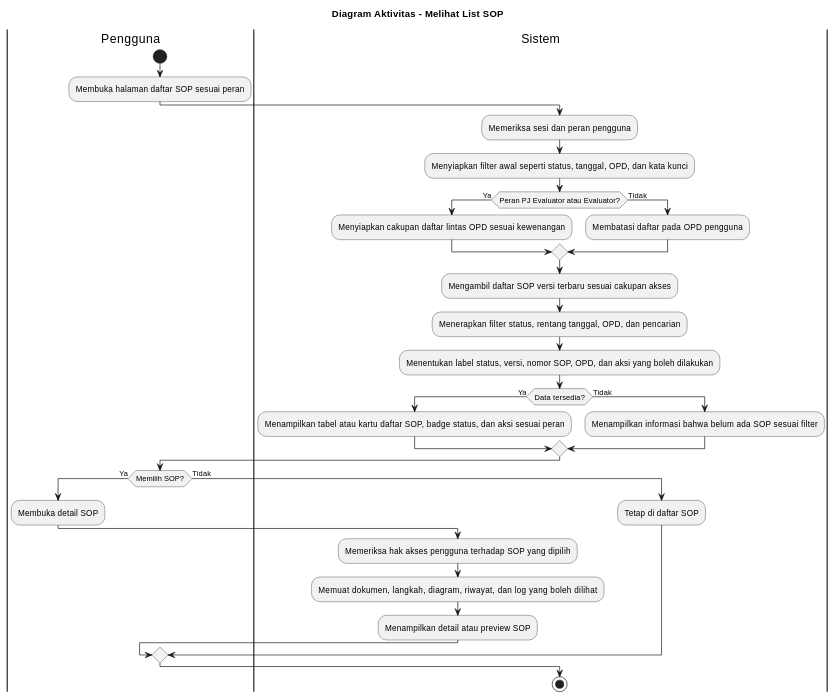
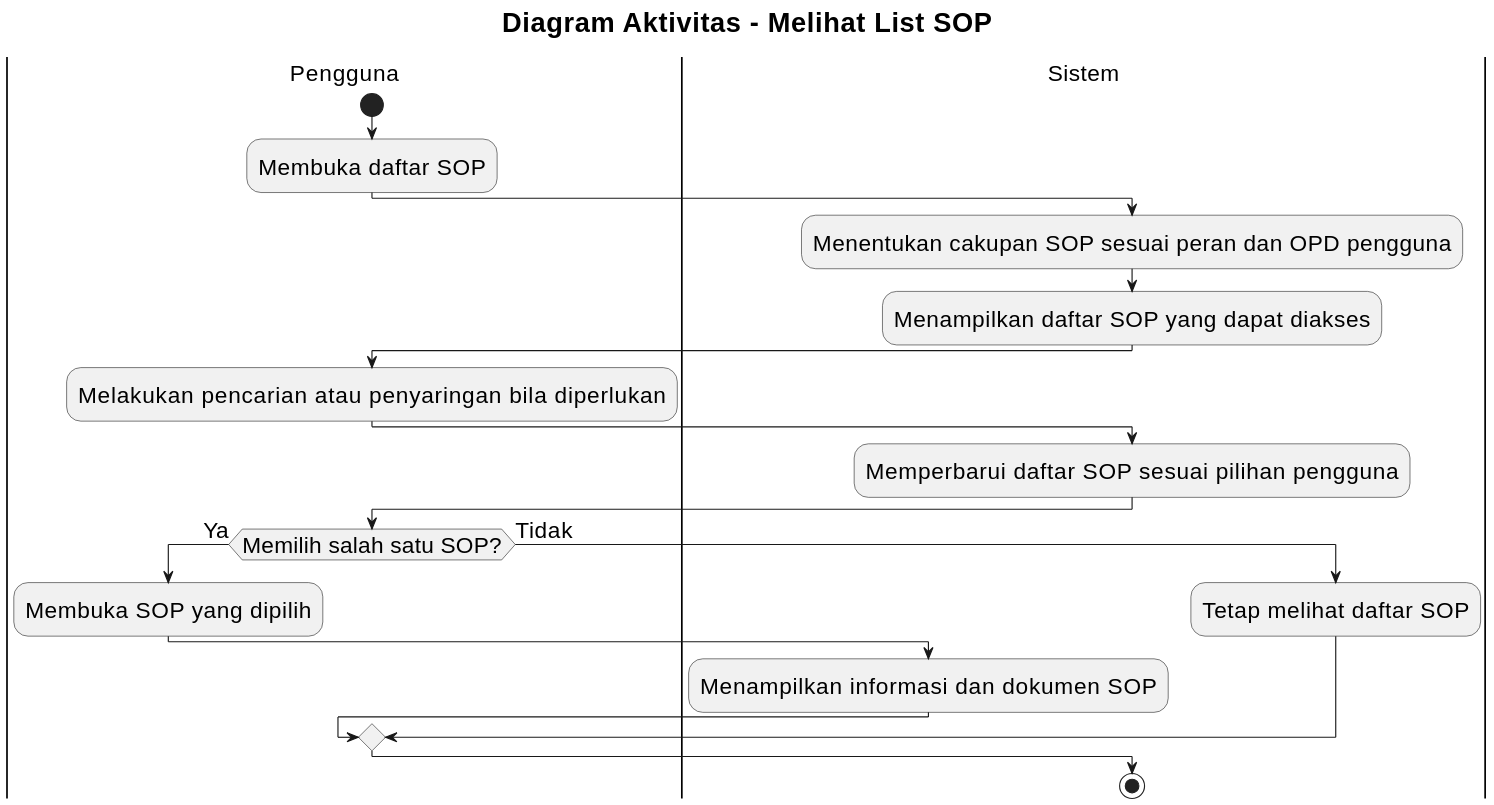
The diagram in docs/activity-diagram/lampiran/seluruh-pengguna-melihat-list-sop.md (howlil/sop-generate-app), drawn with PlantUML before and after one commit. The commit also changed other lines of this file and 20 other files, not shown here.

Commit message:
docs(activity): align all activity diagrams with use cases

````diff
--- a/docs/activity-diagram/lampiran/seluruh-pengguna-melihat-list-sop.md
+++ b/docs/activity-diagram/lampiran/seluruh-pengguna-melihat-list-sop.md
@@ -16,43 +16,36 @@
 ```plantuml
 @startuml
+skinparam defaultFontSize 20
+skinparam titleFontSize 24
+skinparam dpi 160
+
 title Diagram Aktivitas - Melihat List SOP
 
 |Pengguna|
 start
-:Membuka halaman daftar SOP sesuai peran;
+:Membuka daftar SOP;
 
 |Sistem|
-:Memeriksa sesi dan peran pengguna;
-:Menyiapkan filter awal seperti status, tanggal, OPD, dan kata kunci;
-
-if (Peran PJ Evaluator atau Evaluator?) then (Ya)
-  :Menyiapkan cakupan daftar lintas OPD sesuai kewenangan;
-else (Tidak)
-  :Membatasi daftar pada OPD pengguna;
-endif
-
-:Mengambil daftar SOP versi terbaru sesuai cakupan akses;
-:Menerapkan filter status, rentang tanggal, OPD, dan pencarian;
-:Menentukan label status, versi, nomor SOP, OPD, dan aksi yang boleh dilakukan;
-
-if (Data tersedia?) then (Ya)
-  :Menampilkan tabel atau kartu daftar SOP, badge status, dan aksi sesuai peran;
-else (Tidak)
-  :Menampilkan informasi bahwa belum ada SOP sesuai filter;
-endif
+:Menentukan cakupan SOP sesuai peran dan OPD pengguna;
+:Menampilkan daftar SOP yang dapat diakses;
 
 |Pengguna|
-if (Memilih SOP?) then (Ya)
-  :Membuka detail SOP;
+:Melakukan pencarian atau penyaringan bila diperlukan;
+
+|Sistem|
+:Memperbarui daftar SOP sesuai pilihan pengguna;
+
+|Pengguna|
+if (Memilih salah satu SOP?) then (Ya)
+  :Membuka SOP yang dipilih;
 
   |Sistem|
-  :Memeriksa hak akses pengguna terhadap SOP yang dipilih;
-  :Memuat dokumen, langkah, diagram, riwayat, dan log yang boleh dilihat;
-  :Menampilkan detail atau preview SOP;
+  :Menampilkan informasi dan dokumen SOP;
 else (Tidak)
-  :Tetap di daftar SOP;
+  :Tetap melihat daftar SOP;
 endif
 
 stop
+
 @enduml
 ```
````
